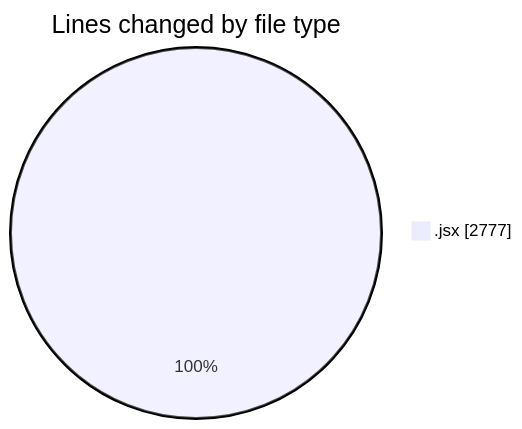
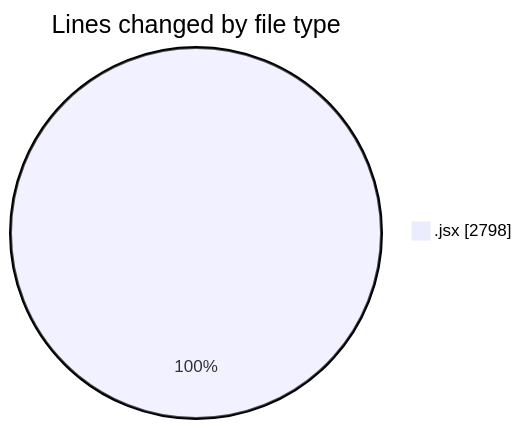
Before and after one commit to nxtqubesakshisongat/code-tracking: the first of 2 diagrams in 2025-09-25/nxtqube_webapp/README.md, drawn with Mermaid. The commit also changed other lines of this file and 1 other file, not shown here.

````diff
--- a/2025-09-25/nxtqube_webapp/README.md
+++ b/2025-09-25/nxtqube_webapp/README.md
@@ -20,5 +20,5 @@
 ```mermaid
 pie showData
 title Lines changed by file type
-".jsx" : 2777
+".jsx" : 2798
 ```
````
